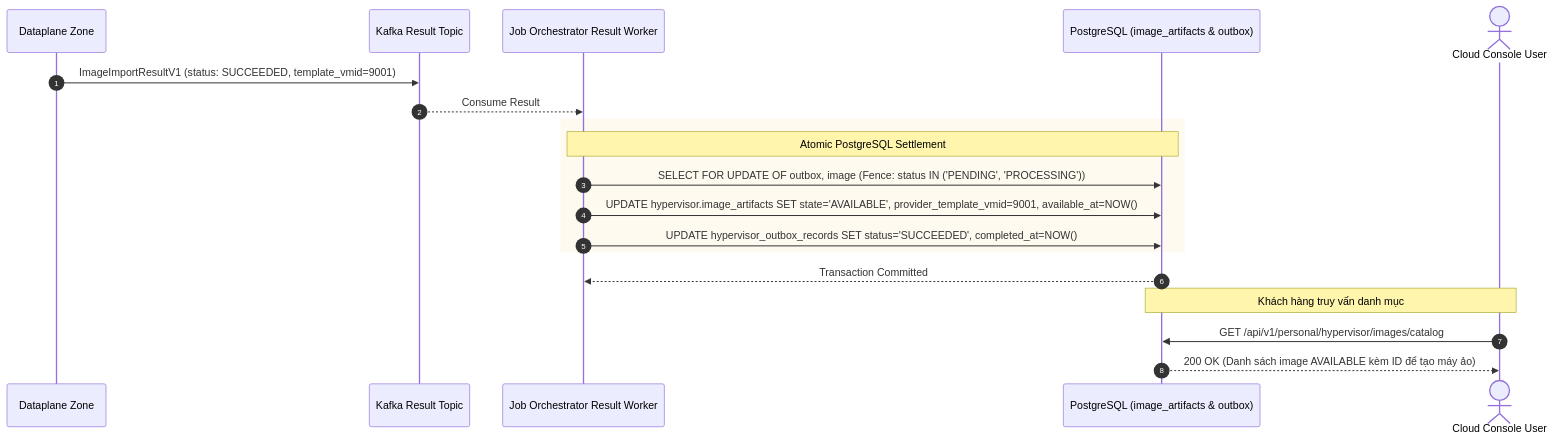
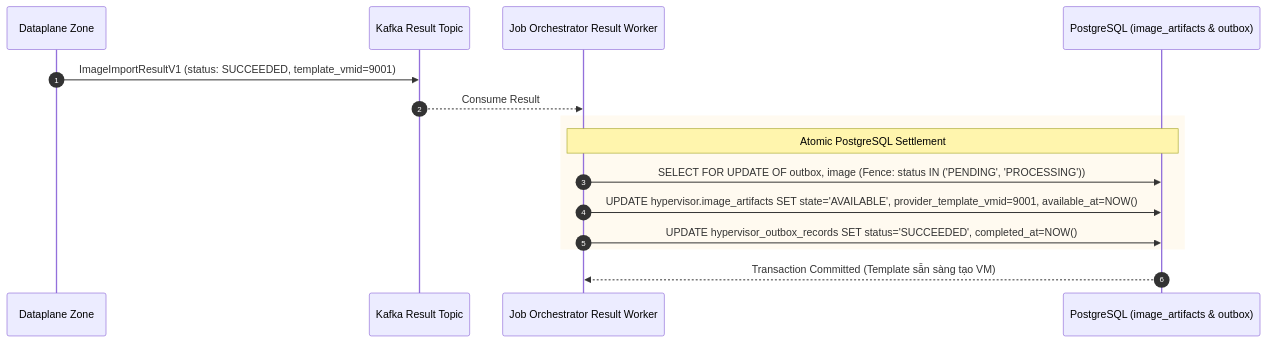
One commit to phucle996/aurora changed the sixth of 6 diagrams in god_view/hypervisor/hypervisor_image_registry_god_view.md. Above: the diagram before and after it, drawn with Mermaid. The commit also changed other lines of this file, not shown here.

Commit message:
docs(hypervisor): isolate god view exclusively to sre hypervisor image upload and provisioning workflow

````diff
--- a/god_view/hypervisor/hypervisor_image_registry_god_view.md
+++ b/god_view/hypervisor/hypervisor_image_registry_god_view.md
@@ -272,24 +264,19 @@
 ```mermaid
 sequenceDiagram
     autonumber
     participant DP as Dataplane Zone
     participant K as Kafka Result Topic
     participant JO as Job Orchestrator Result Worker
     participant PG as PostgreSQL (image_artifacts & outbox)
-    actor User as Cloud Console User
 
     DP->>K: ImageImportResultV1 (status: SUCCEEDED, template_vmid=9001)
     K-->>JO: Consume Result
     
     rect rgb(255, 250, 240)
     Note over JO,PG: Atomic PostgreSQL Settlement
     JO->>PG: SELECT FOR UPDATE OF outbox, image (Fence: status IN ('PENDING', 'PROCESSING'))
     JO->>PG: UPDATE hypervisor.image_artifacts SET state='AVAILABLE', provider_template_vmid=9001, available_at=NOW()
     JO->>PG: UPDATE hypervisor_outbox_records SET status='SUCCEEDED', completed_at=NOW()
     end
-    PG-->>JO: Transaction Committed
-
-    Note over User,PG: Khách hàng truy vấn danh mục
-    User->>PG: GET /api/v1/personal/hypervisor/images/catalog
-    PG-->>User: 200 OK (Danh sách image AVAILABLE kèm ID để tạo máy ảo)
+    PG-->>JO: Transaction Committed (Template sẵn sàng tạo VM)
 ```
````
